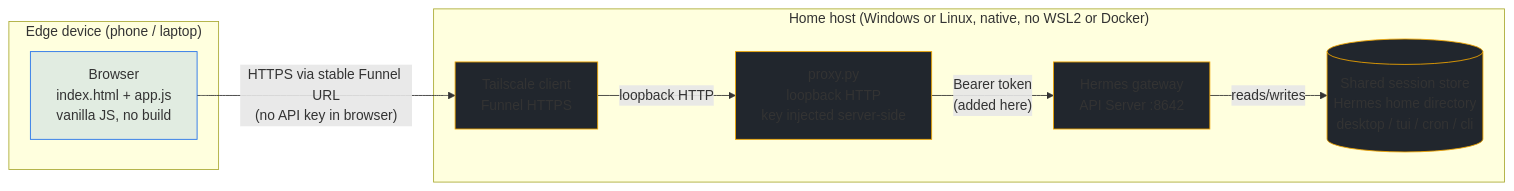
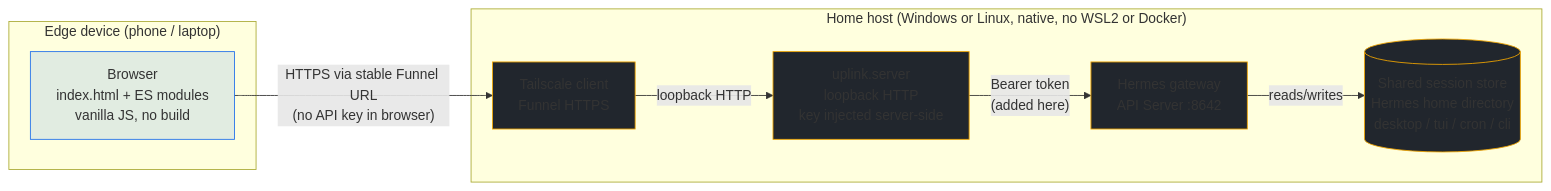
Before and after one commit to mr-september/hermes-uplink: the diagram in README.md, drawn with Mermaid. The commit also changed other lines of this file and 41 other files, not shown here.

````diff
--- a/README.md
+++ b/README.md
@@ -54,20 +54,20 @@
 ```mermaid
 flowchart LR
     subgraph EDGE["Edge device (phone / laptop)"]
-        B[Browser<br/>index.html + app.js<br/>vanilla JS, no build]
+        B[Browser<br/>index.html + ES modules<br/>vanilla JS, no build]
     end
     subgraph DESKTOP["Home host (Windows or Linux, native, no WSL2 or Docker)"]
-        P[proxy.py<br/>loopback HTTP<br/>key injected server-side]
+        P[uplink.server<br/>loopback HTTP<br/>key injected server-side]
         A[Hermes gateway<br/>API Server :8642]
         R[(Shared session store<br/>Hermes home directory<br/>desktop / tui / cron / cli)]
         TS[Tailscale client<br/>Funnel HTTPS]
     end
     B -- "HTTPS via stable Funnel URL<br/>(no API key in browser)" --> TS
     TS -- "loopback HTTP" --> P
     P -- "Bearer token<br/>(added here)" --> A
     A -- "reads/writes" --> R
     classDef edge fill:#1f6feb22,stroke:#1f6feb;
     classDef desk fill:#21262d,stroke:#f0a500;
     class B edge;
     class P,A,R,TS desk;
 ```
````
